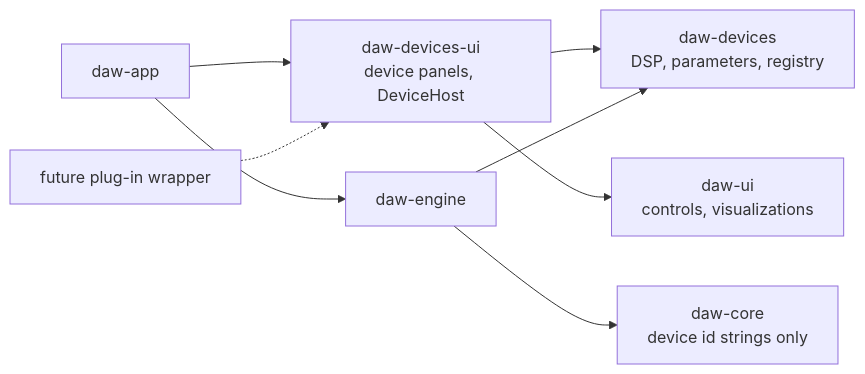
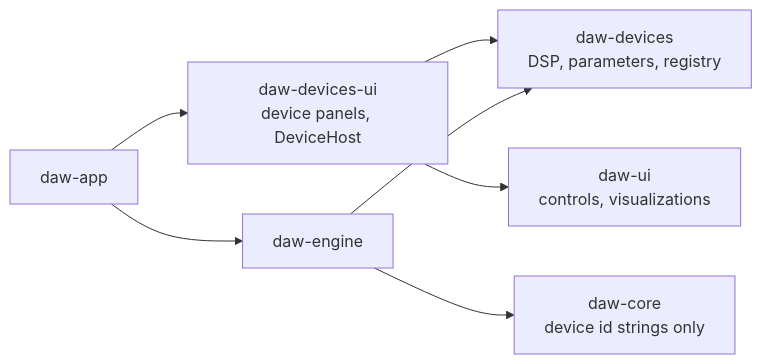
Before and after one commit to protocodus/rill-daw: the diagram in docs/R1_DEVICES.md, drawn with Mermaid. The commit also changed other lines of this file, not shown here.

````diff
--- a/docs/R1_DEVICES.md
+++ b/docs/R1_DEVICES.md
@@ -62,17 +69,15 @@
 ```mermaid
 flowchart LR
     Devices[daw-devices<br/>DSP, parameters, registry]
     UI[daw-ui<br/>controls, visualizations]
     Panels[daw-devices-ui<br/>device panels, DeviceHost]
     Core[daw-core<br/>device id strings only]
     Engine[daw-engine]
     App[daw-app]
-    Wrapper[future plug-in wrapper]
     Panels --> Devices
     Panels --> UI
     Engine --> Devices
     Engine --> Core
     App --> Panels
     App --> Engine
-    Wrapper -.-> Panels
 ```
````
